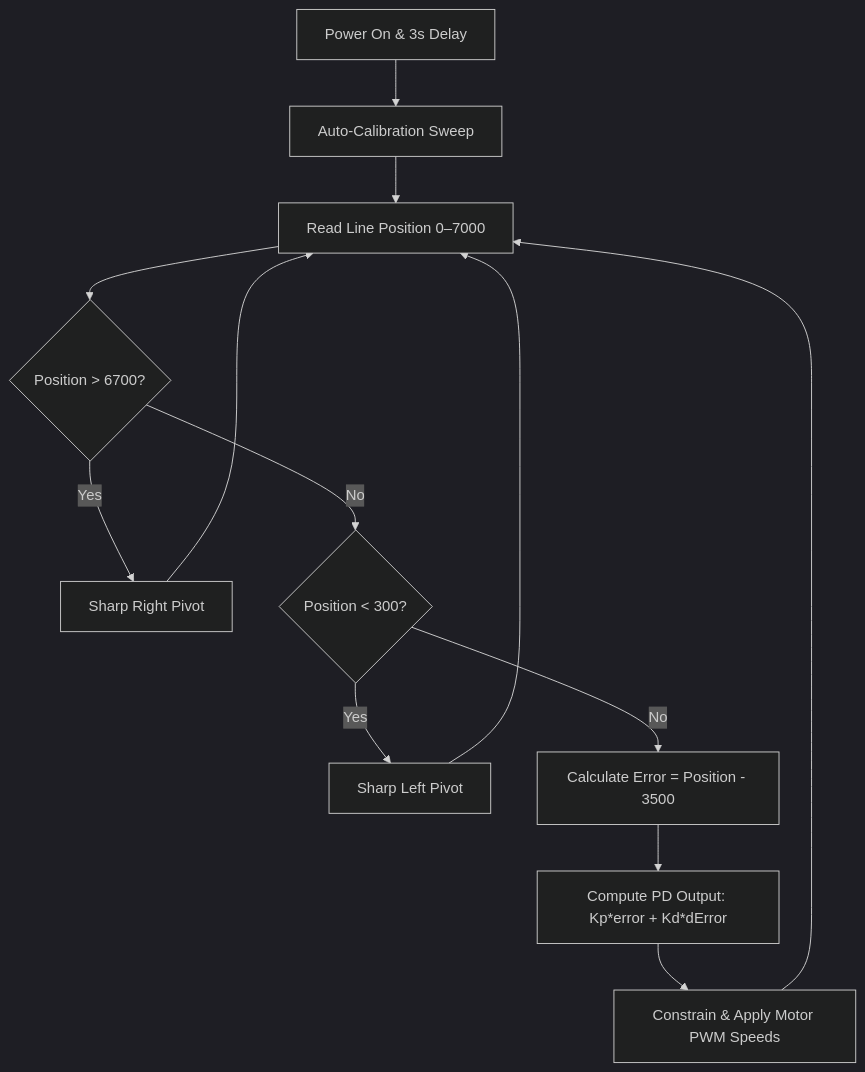
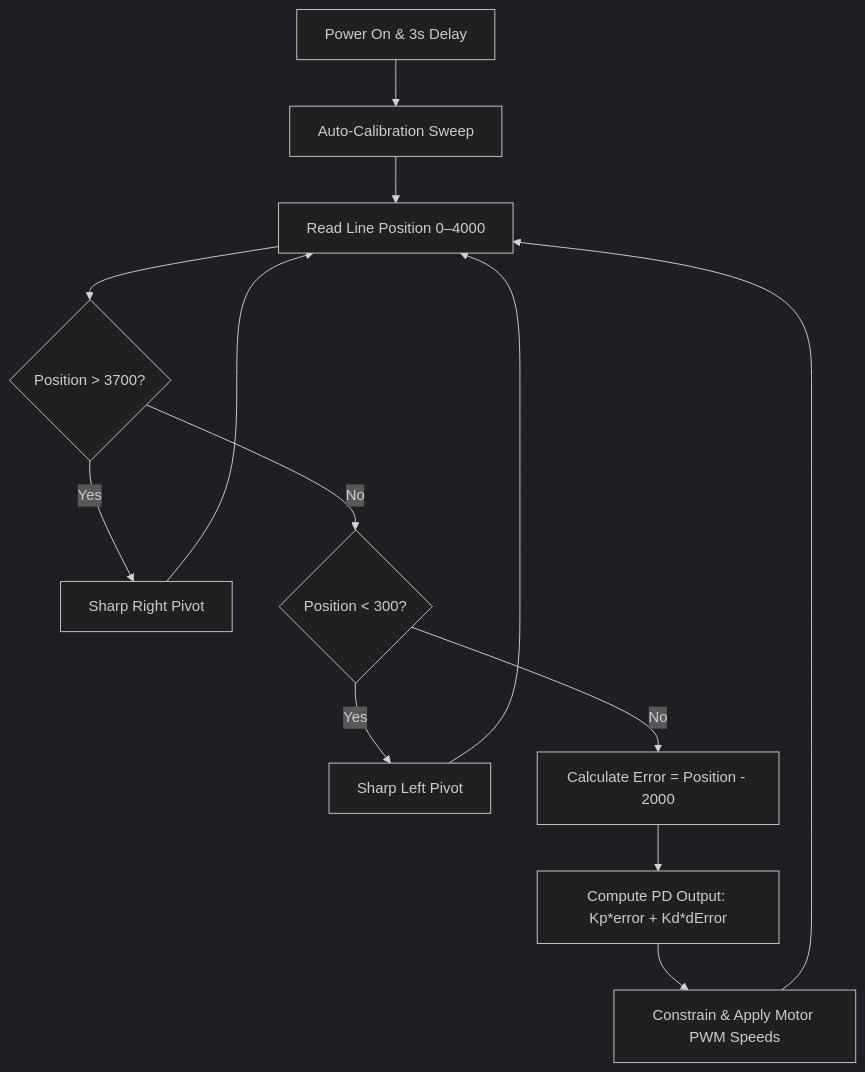
The diagram in README.md (sahilvuppala/pd-line-following-robot), drawn with Mermaid (dark theme) before and after one commit. The commit also changed other lines of this file, not shown here.

First line of the commit message:
Revise README for PD-Based Line Following Robot

````diff
--- a/README.md
+++ b/README.md
@@ -9,15 +11,15 @@
 ```mermaid
 flowchart TD
     A[Power On & 3s Delay] --> B[Auto-Calibration Sweep]
-    B --> C[Read Line Position 0–7000]
-    C --> D{Position > 6700?}
+    B --> C[Read Line Position 0–4000]
+    C --> D{Position > 3700?}
     D -- Yes --> E[Sharp Right Pivot]
     D -- No --> F{Position < 300?}
     F -- Yes --> G[Sharp Left Pivot]
-    F -- No --> H[Calculate Error = Position - 3500]
+    F -- No --> H[Calculate Error = Position - 2000]
     H --> I[Compute PD Output: Kp*error + Kd*dError]
     I --> J[Constrain & Apply Motor PWM Speeds]
     E --> C
     G --> C
     J --> C
 ```
````
